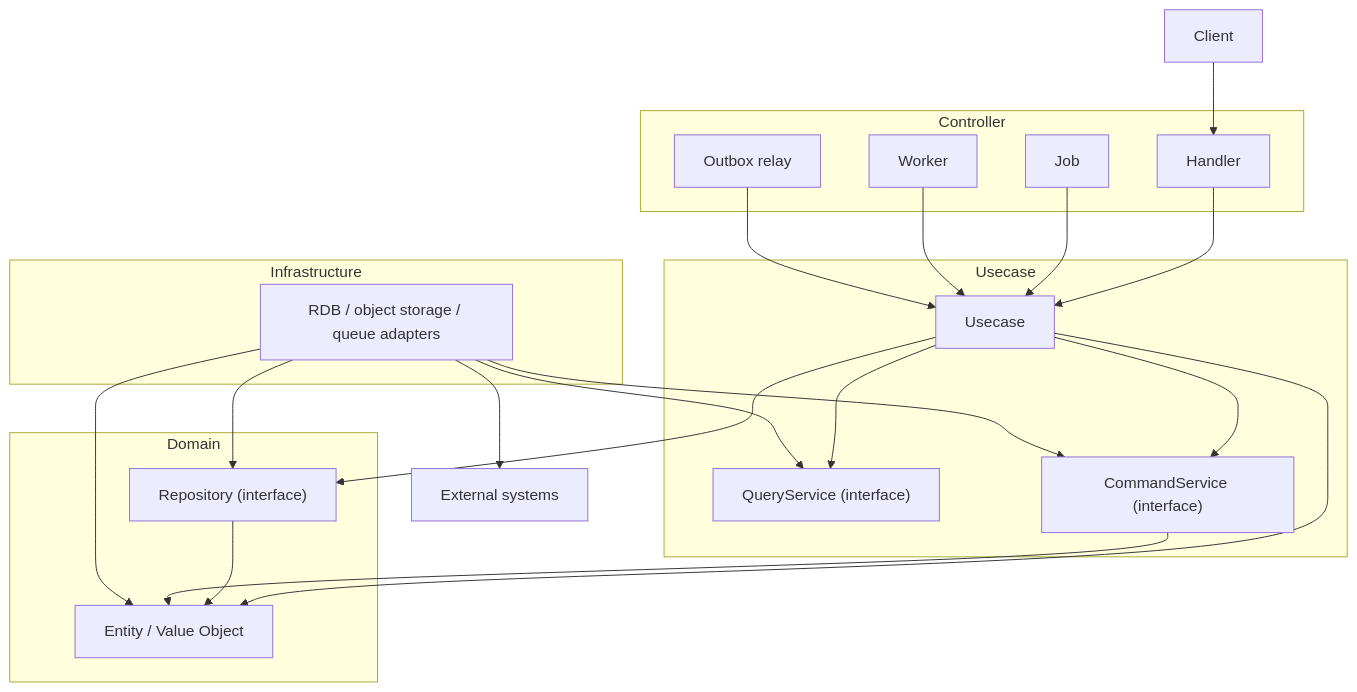
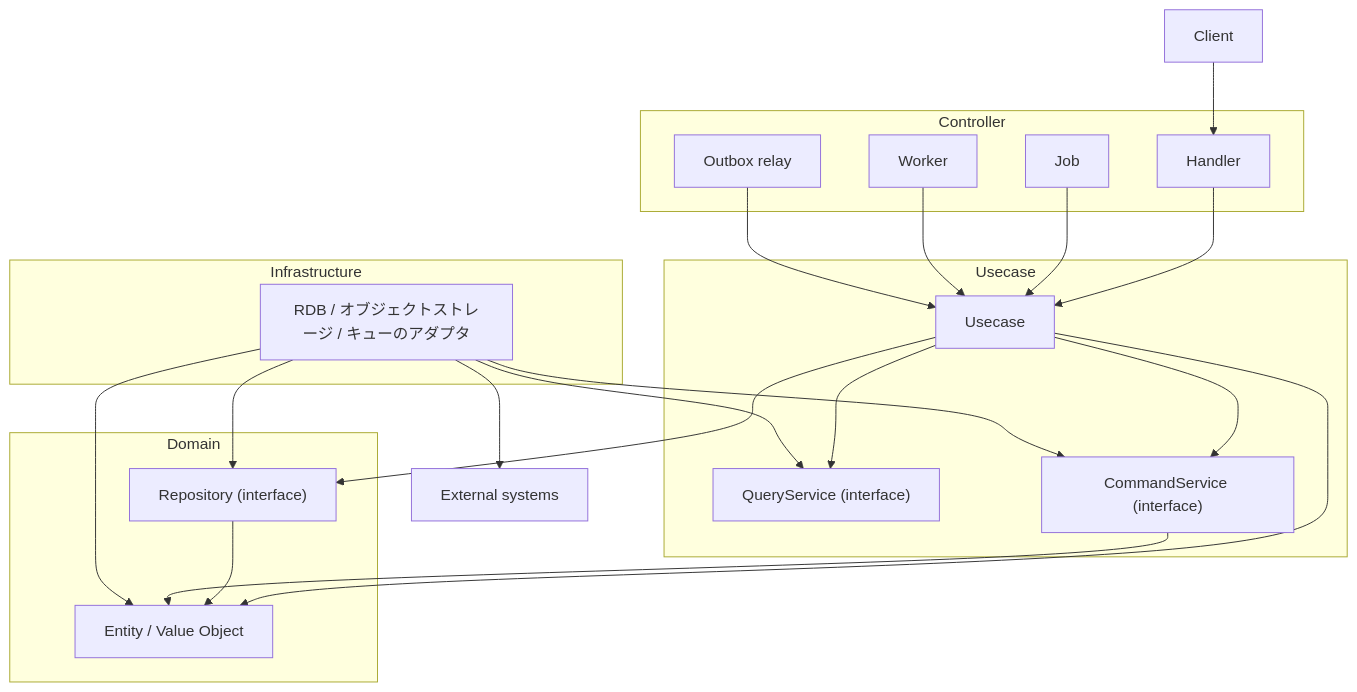
Before and after one commit to Tomy-ch/go-boilerplate: the diagram in README.md, drawn with Mermaid. The commit also changed other lines of this file and 970 other files, not shown here.

````diff
--- a/README.md
+++ b/README.md
@@ -193,50 +188,50 @@
 ```mermaid
 flowchart TB
 
 Client
 
 subgraph controller["Controller"]
     Handler
     Job
     Worker
     OutboxRelay["Outbox relay"]
 end
 
 subgraph usecase["Usecase"]
     Usecase
     QueryService["QueryService (interface)"]
     CommandService["CommandService (interface)"]
 end
 
 subgraph domain["Domain"]
     Domain["Entity / Value Object"]
     Repository["Repository (interface)"]
 end
 
 subgraph infrastructure["Infrastructure"]
-    Infra["RDB / object storage / queue adapters"]
+    Infra["RDB / オブジェクトストレージ / キューのアダプタ"]
 end
 
 External["External systems"]
 
 Client --> Handler
 
 Handler --> Usecase
 Job --> Usecase
 Worker --> Usecase
 OutboxRelay --> Usecase
 
 Usecase --> Domain
 Usecase --> Repository
 Usecase --> QueryService
 Usecase --> CommandService
 
 Repository --> Domain
 CommandService --> Domain
 
 Infra --> Repository
 Infra --> QueryService
 Infra --> CommandService
 Infra --> Domain
 Infra --> External
 ```
````
